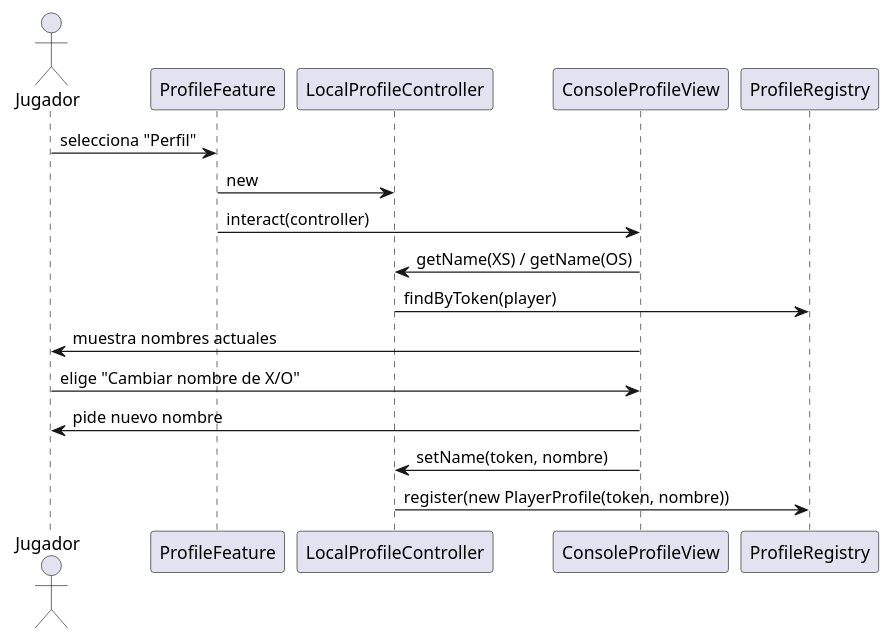
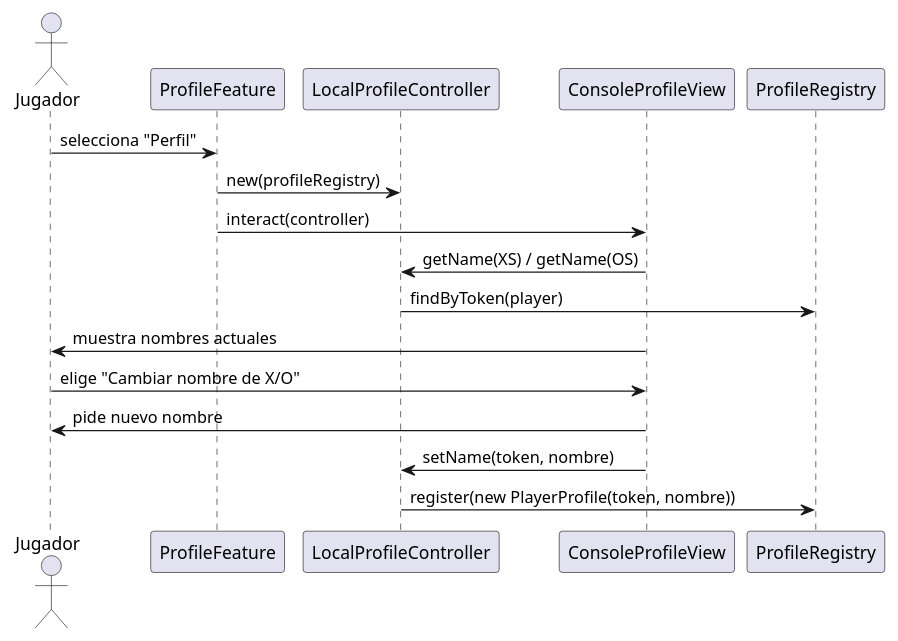
Before and after one commit to pcarroza/tictactoe-java: the diagram in docs/4+1views/escenarios/secuencia-perfil.puml, drawn with PlantUML. The commit also changed 16 other files, not shown here.

```diff
--- a/docs/4+1views/escenarios/secuencia-perfil.puml
+++ b/docs/4+1views/escenarios/secuencia-perfil.puml
@@ -1,18 +1,18 @@
 @startuml secuencia-perfil
 actor Jugador
 participant ProfileFeature
 participant LocalProfileController
 participant ConsoleProfileView
 participant ProfileRegistry
 
 Jugador -> ProfileFeature : selecciona "Perfil"
-ProfileFeature -> LocalProfileController : new
+ProfileFeature -> LocalProfileController : new(profileRegistry)
 ProfileFeature -> ConsoleProfileView : interact(controller)
 ConsoleProfileView -> LocalProfileController : getName(XS) / getName(OS)
 LocalProfileController -> ProfileRegistry : findByToken(player)
 ConsoleProfileView -> Jugador : muestra nombres actuales
 Jugador -> ConsoleProfileView : elige "Cambiar nombre de X/O"
 ConsoleProfileView -> Jugador : pide nuevo nombre
 ConsoleProfileView -> LocalProfileController : setName(token, nombre)
 LocalProfileController -> ProfileRegistry : register(new PlayerProfile(token, nombre))
 @enduml
```
